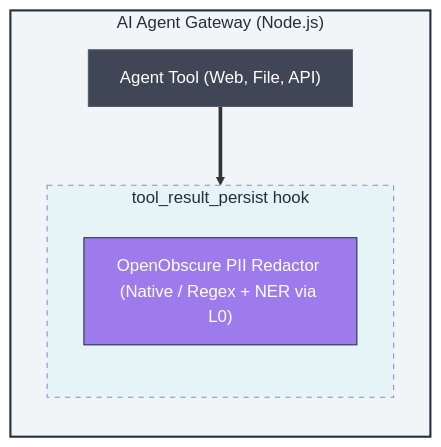
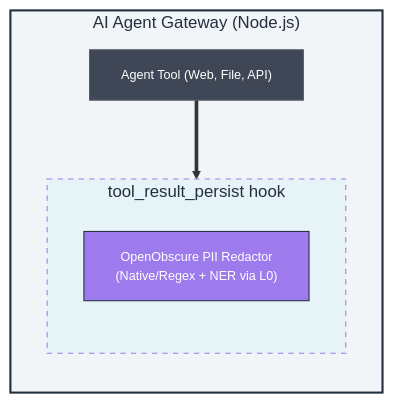
One commit to OpenObscure/OpenObscure changed the diagram in openobscure-plugin/ARCHITECTURE.md. Above: the diagram before and after it, drawn with Mermaid. The commit also changed other lines of this file and 2 other files, not shown here.

````diff
--- a/openobscure-plugin/ARCHITECTURE.md
+++ b/openobscure-plugin/ARCHITECTURE.md
@@ -11,18 +11,18 @@
 ```mermaid
 graph TD
     subgraph Gateway ["AI Agent Gateway (Node.js)"]
         direction TB
         AgentTool["Agent Tool (Web, File, API)"]
         subgraph HookContainer ["tool_result_persist hook"]
             direction TB
-            Redactor["OpenObscure PII Redactor (Native / Regex + NER via L0)"]
+            Redactor["OpenObscure PII Redactor<br/>(Native/Regex + NER via L0)"]
         end
     end
 
     AgentTool ==> HookContainer
 
     style Gateway fill:#f2f5f7,stroke:#232F3E,stroke-width:2px,color:#232F3E
     style HookContainer fill:#e6f3f7,stroke:#9D7BED,stroke-dasharray: 5 5,color:#232F3E
-    style AgentTool fill:#3F4756,stroke:#545b64,color:#fff
-    style Redactor fill:#9D7BED,stroke:#232F3E,color:#fff
+    style AgentTool fill:#3F4756,stroke:#545b64,color:#fff,font-size:12px
+    style Redactor fill:#9D7BED,stroke:#232F3E,color:#fff,font-size:12px
 ```
````
